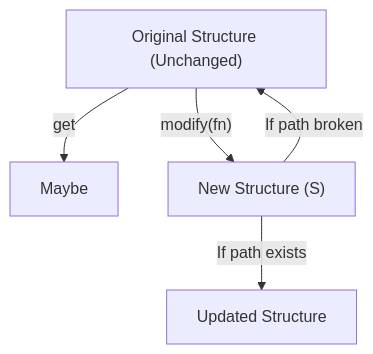
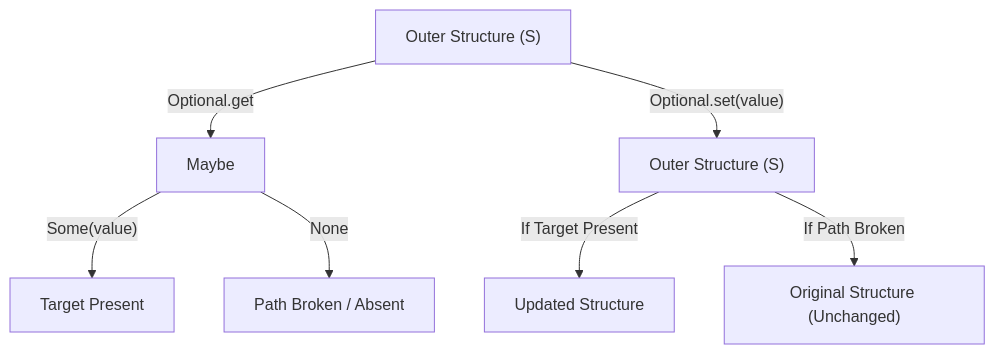
One commit to nlozgachev/pipelined changed the diagram in docs/src/content/docs/guides/optional.md. Above: the diagram before and after it, drawn with Mermaid. The commit also changed other lines of this file and 3 other files, not shown here.

````diff
--- a/docs/src/content/docs/guides/optional.md
+++ b/docs/src/content/docs/guides/optional.md
@@ -84,7 +103,10 @@
 ```mermaid
 flowchart TD
-    S["Outer Structure (S)"] -- "get" --> M["Maybe<A>"]
-    S -- "modify(fn)" --> S2["New Structure (S)"]
-    S2 -- "If path exists" --> S3["Updated Structure"]
-    S2 -- "If path broken" --> S["Original Structure (Unchanged)"]
+    S["Outer Structure (S)"] -- "Optional.get" --> M["Maybe<A>"]
+    M -- "Some(value)" --> Found["Target Present"]
+    M -- "None" --> Absent["Path Broken / Absent"]
+
+    S -- "Optional.set(value)" --> S2["Outer Structure (S)"]
+    S2 -- "If Target Present" --> S3["Updated Structure"]
+    S2 -- "If Path Broken" --> S4["Original Structure (Unchanged)"]
 ```
````
